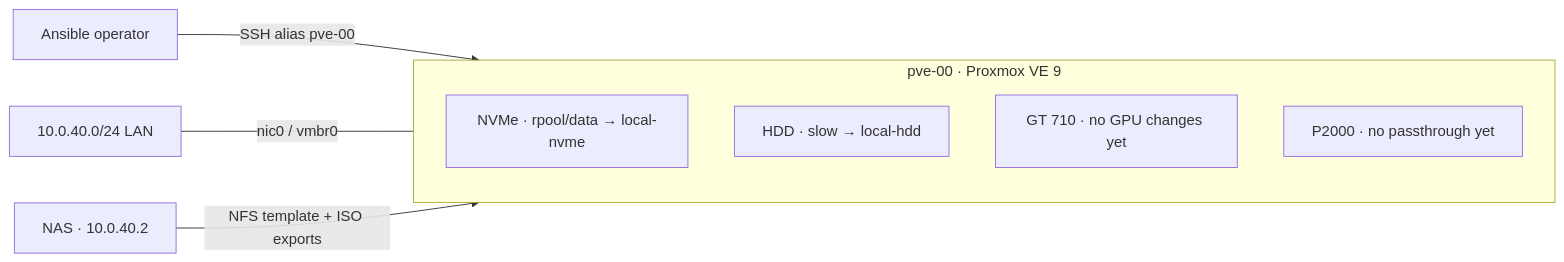
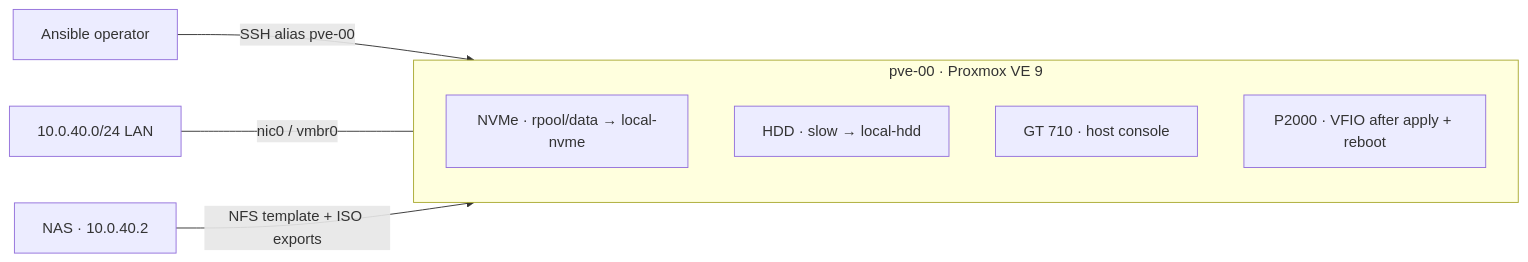
Before and after one commit to fabricesemti80/home-dc-proxmox: the diagram in README.md, drawn with Mermaid. The commit also changed other lines of this file and 6 other files, not shown here.

````diff
--- a/README.md
+++ b/README.md
@@ -7,12 +7,12 @@
 ```mermaid
 flowchart LR
     operator[Ansible operator] -->|SSH alias pve-00| host
     lan[10.0.40.0/24 LAN] ---|nic0 / vmbr0| host
     nas[NAS · 10.0.40.2] -->|NFS template + ISO exports| host
     subgraph host[pve-00 · Proxmox VE 9]
         zfs[NVMe · rpool/data → local-nvme]
         hdd[HDD · slow → local-hdd]
-        console[GT 710 · no GPU changes yet]
-        gpu[P2000 · no passthrough yet]
+        console[GT 710 · host console]
+        gpu[P2000 · VFIO after apply + reboot]
     end
 ```
````
